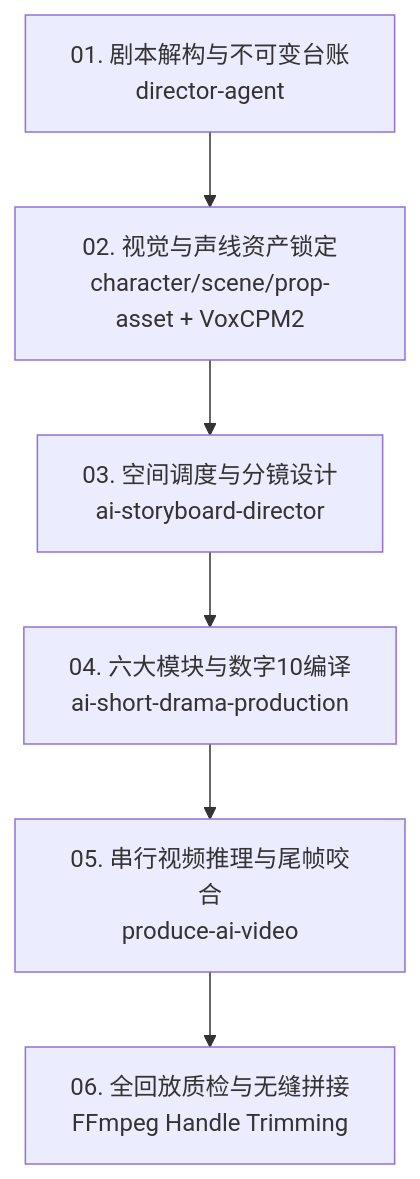
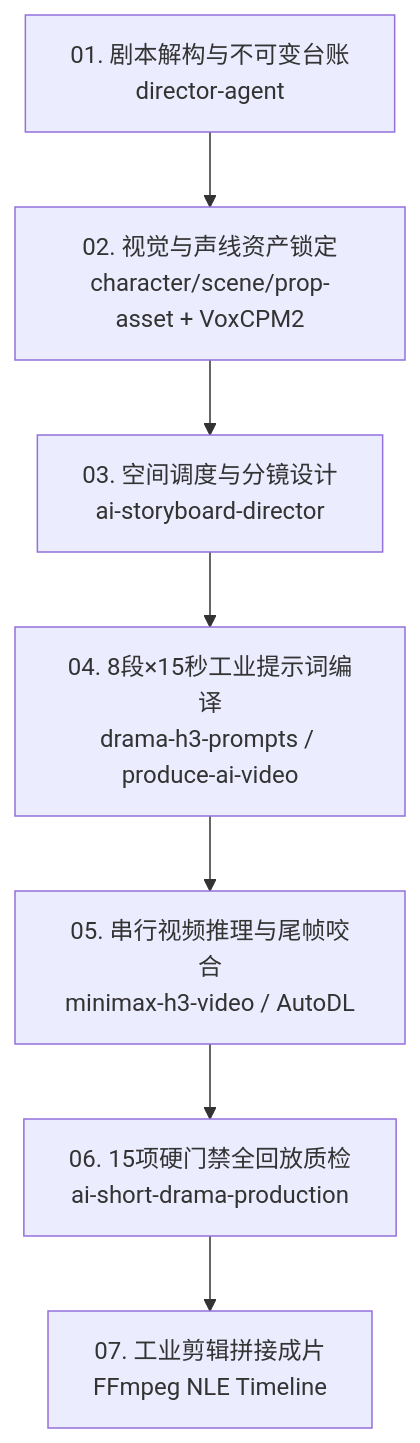
Before and after one commit to egguy886/ai-drama-suite: the diagram in README.md, drawn with Mermaid. The commit also changed other lines of this file and 4 other files, not shown here.

Commit message:
feat: upgrade AI short drama production skills with 5 golden control protocols & 15 industrial gate checks

````diff
--- a/README.md
+++ b/README.md
@@ -42,8 +63,9 @@
 ```mermaid
 flowchart TD
     A[01. 剧本解构与不可变台账<br>director-agent] --> B[02. 视觉与声线资产锁定<br>character/scene/prop-asset + VoxCPM2]
     B --> C[03. 空间调度与分镜设计<br>ai-storyboard-director]
-    C --> D[04. 六大模块与数字10编译<br>ai-short-drama-production]
-    D --> E[05. 串行视频推理与尾帧咬合<br>produce-ai-video]
-    E --> F[06. 全回放质检与无缝拼接<br>FFmpeg Handle Trimming]
+    C --> D[04. 8段×15秒工业提示词编译<br>drama-h3-prompts / produce-ai-video]
+    D --> E[05. 串行视频推理与尾帧咬合<br>minimax-h3-video / AutoDL]
+    E --> F[06. 15项硬门禁全回放质检<br>ai-short-drama-production]
+    F --> G[07. 工业剪辑拼接成片<br>FFmpeg NLE Timeline]
 ```
````
